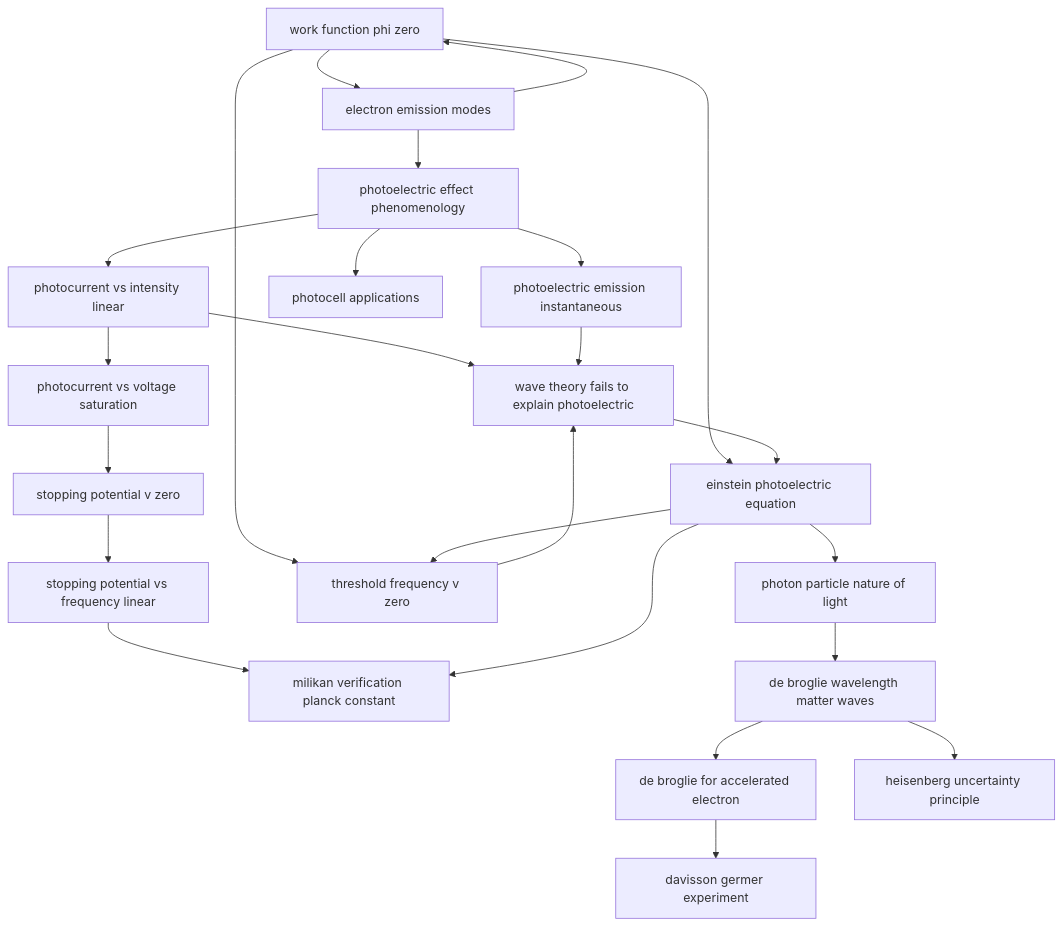
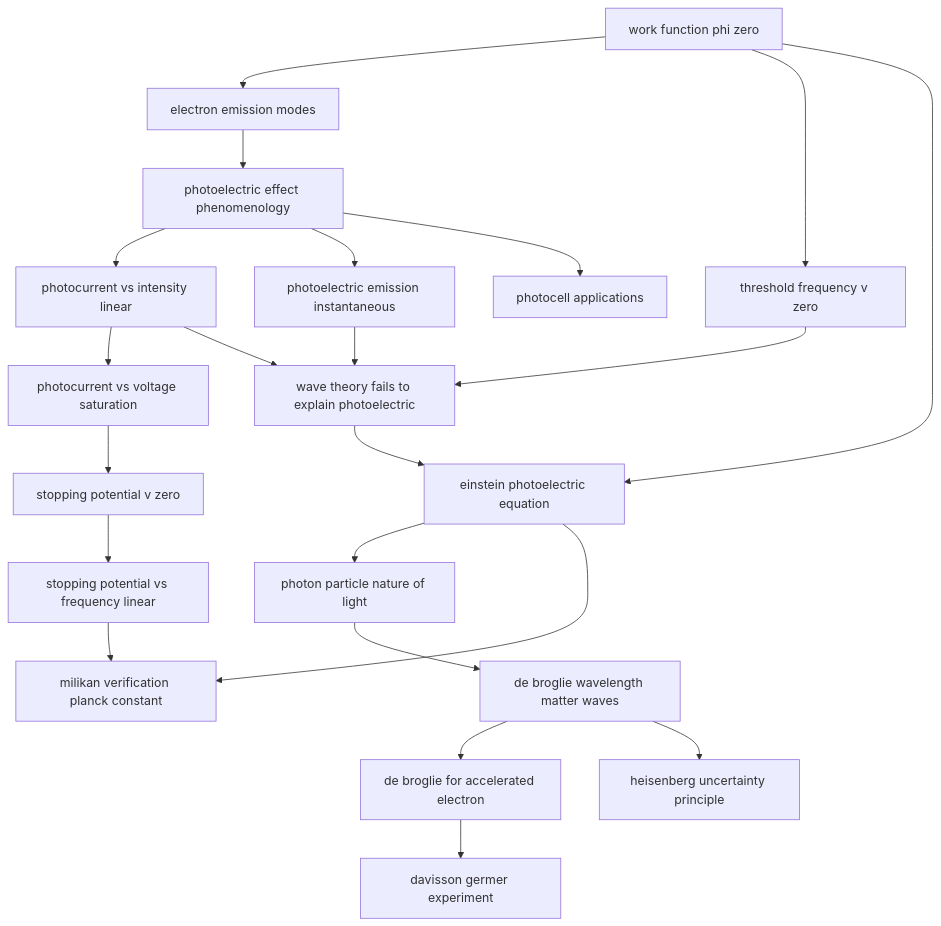
One commit to nagapuripradeep02-web/Physics-mind changed the diagram in docs/exports/chapters/chapter-46-dual-nature.md. Above: the diagram before and after it, drawn with Mermaid. The commit also changed other lines of this file and 13 other files, not shown here.

````diff
--- a/docs/exports/chapters/chapter-46-dual-nature.md
+++ b/docs/exports/chapters/chapter-46-dual-nature.md
@@ -14,44 +12,42 @@
 ```mermaid
 graph TD
   c0["work function phi zero"]
   c1["electron emission modes"]
   c2["photoelectric effect phenomenology"]
   c3["photocurrent vs intensity linear"]
   c4["photocurrent vs voltage saturation"]
   c5["stopping potential v zero"]
   c6["stopping potential vs frequency linear"]
   c7["threshold frequency v zero"]
   c8["photoelectric emission instantaneous"]
   c9["wave theory fails to explain photoelectric"]
   c10["einstein photoelectric equation"]
   c11["photon particle nature of light"]
   c12["milikan verification planck constant"]
   c13["de broglie wavelength matter waves"]
   c14["de broglie for accelerated electron"]
   c15["davisson germer experiment"]
   c16["heisenberg uncertainty principle"]
   c17["photocell applications"]
-  c1 --> c0
   c0 --> c1
   c1 --> c2
   c2 --> c3
   c3 --> c4
   c4 --> c5
   c5 --> c6
   c0 --> c7
-  c10 --> c7
   c2 --> c8
   c3 --> c9
   c7 --> c9
   c8 --> c9
   c0 --> c10
   c9 --> c10
   c10 --> c11
   c6 --> c12
   c10 --> c12
   c11 --> c13
   c13 --> c14
   c14 --> c15
   c13 --> c16
   c2 --> c17
 ```
````
